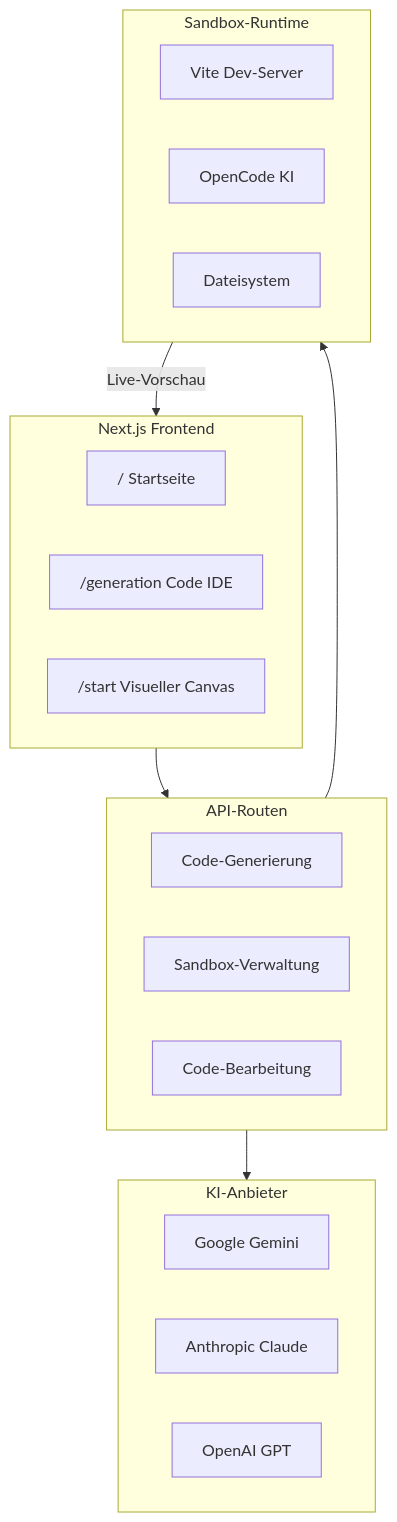
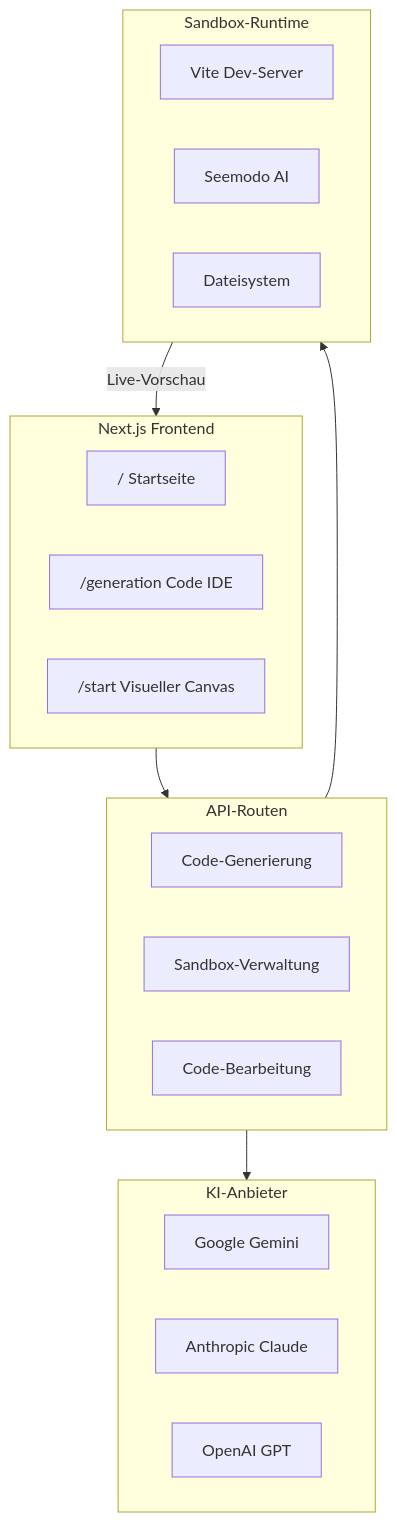
One commit to Seemodo/docs changed the diagram in de/seemodo/introduction.mdx. Above: the diagram before and after it, drawn with Mermaid. The commit also changed 23 other files, not shown here.

Commit message:
Update documentation to replace all instances of "OpenCode" with "Seemodo AI" across multiple files, including AGENTS.md, README.md, and various API reference documents, ensuring consistency with the new branding.

````diff
--- a/de/seemodo/introduction.mdx
+++ b/de/seemodo/introduction.mdx
@@ -79,31 +79,31 @@
 ```mermaid
 flowchart TB
     subgraph Frontend["Next.js Frontend"]
         Home["/ Startseite"]
         Generation["/generation Code IDE"]
         Start["/start Visueller Canvas"]
     end
 
     subgraph APIRoutes["API-Routen"]
         GenAPI["Code-Generierung"]
         SandboxAPI["Sandbox-Verwaltung"]
         EditAPI["Code-Bearbeitung"]
     end
 
     subgraph AIProviders["KI-Anbieter"]
         Gemini["Google Gemini"]
         Claude["Anthropic Claude"]
         GPT["OpenAI GPT"]
     end
 
     subgraph Sandbox["Sandbox-Runtime"]
         Vite["Vite Dev-Server"]
-        OpenCode["OpenCode KI"]
+        SeemodAI["Seemodo AI"]
         Files["Dateisystem"]
     end
 
     Frontend --> APIRoutes
     APIRoutes --> AIProviders
     APIRoutes --> Sandbox
     Sandbox --> |Live-Vorschau| Frontend
 ```
````
